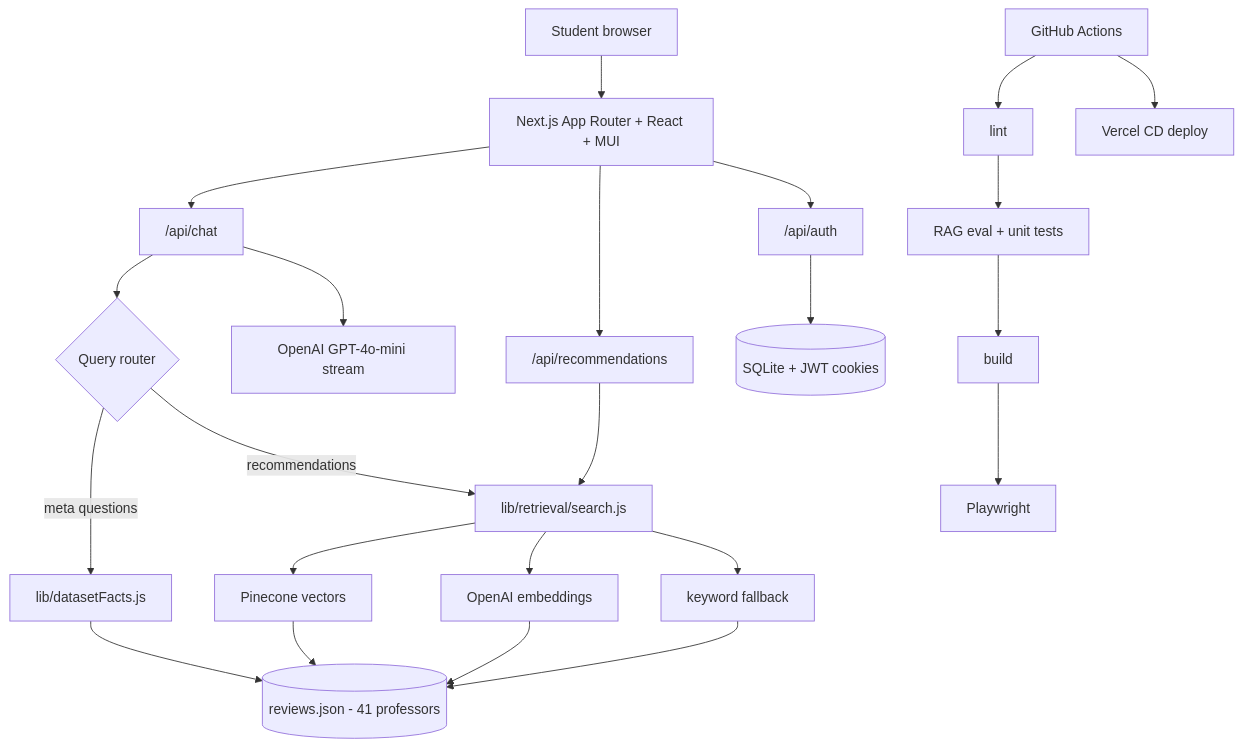
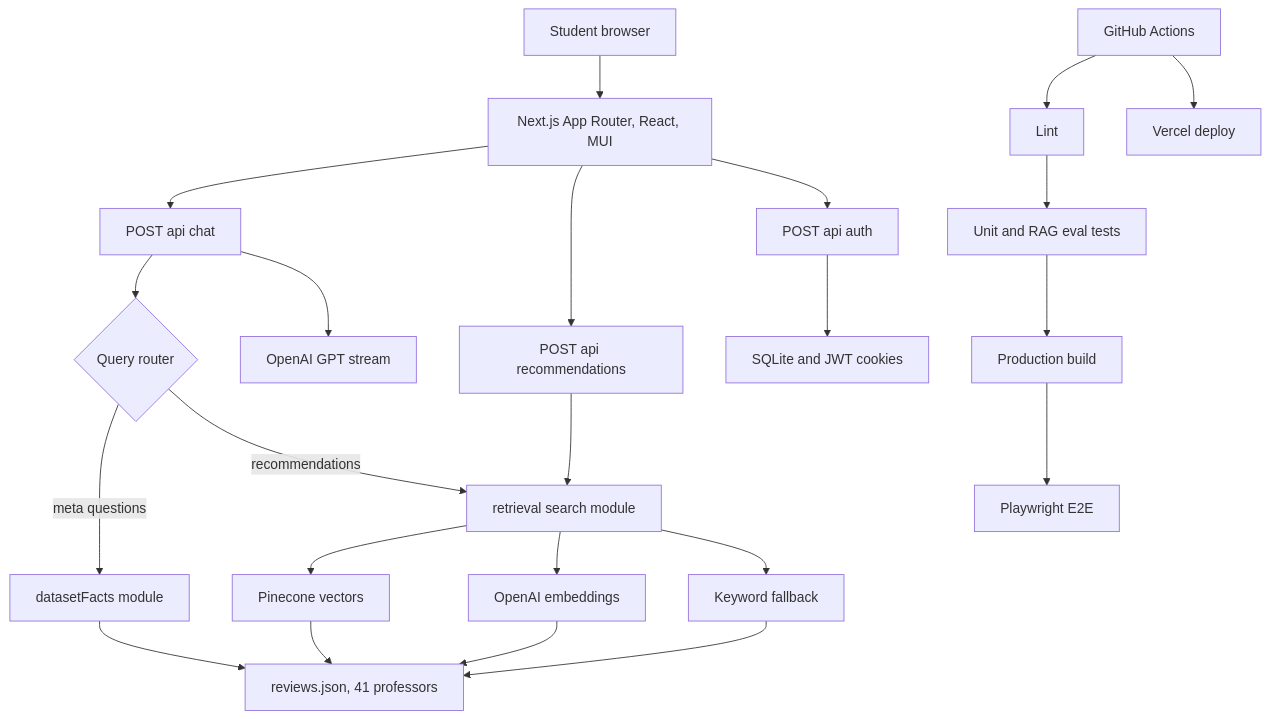
The diagram in README.md (Arlikhozhaev/RateMyProfessor-RAG), drawn with Mermaid before and after one commit.

Commit message:
Fix GitHub Mermaid render error in architecture diagram.
Sanitize node labels and split chained edges so GitHub Mermaid parser no longer throws on special characters.

````diff
--- a/README.md
+++ b/README.md
@@ -35,27 +35,46 @@
 ```mermaid
 flowchart TD
-  User[Student browser] --> UI[Next.js App Router + React + MUI]
-  UI --> ChatAPI["/api/chat"]
-  UI --> RecAPI["/api/recommendations"]
-  UI --> AuthAPI["/api/auth"]
+  User["Student browser"]
+  UI["Next.js App Router, React, MUI"]
+  ChatAPI["POST api chat"]
+  RecAPI["POST api recommendations"]
+  AuthAPI["POST api auth"]
+  Router{"Query router"}
+  Facts["datasetFacts module"]
+  Search["retrieval search module"]
+  Pinecone["Pinecone vectors"]
+  Semantic["OpenAI embeddings"]
+  Keyword["Keyword fallback"]
+  Reviews["reviews.json, 41 professors"]
+  GPT["OpenAI GPT stream"]
+  SQLite["SQLite and JWT cookies"]
+  CI["GitHub Actions"]
+  Lint["Lint"]
+  Unit["Unit and RAG eval tests"]
+  Build["Production build"]
+  E2E["Playwright E2E"]
+  Vercel["Vercel deploy"]
 
-  ChatAPI --> Router{Query router}
-  Router -->|meta questions| Facts[lib/datasetFacts.js]
-  Router -->|recommendations| Search[lib/retrieval/search.js]
-
-  Search --> Pinecone[Pinecone vectors]
-  Search --> Semantic[OpenAI embeddings]
-  Search --> Keyword[keyword fallback]
-
-  Facts --> Reviews[("reviews.json - 41 professors")]
+  User --> UI
+  UI --> ChatAPI
+  UI --> RecAPI
+  UI --> AuthAPI
+  ChatAPI --> Router
+  Router -->|meta questions| Facts
+  Router -->|recommendations| Search
+  Search --> Pinecone
+  Search --> Semantic
+  Search --> Keyword
+  Facts --> Reviews
   Pinecone --> Reviews
   Semantic --> Reviews
   Keyword --> Reviews
-
-  ChatAPI --> GPT[OpenAI GPT-4o-mini stream]
-  AuthAPI --> SQLite[("SQLite + JWT cookies")]
+  ChatAPI --> GPT
+  AuthAPI --> SQLite
   RecAPI --> Search
-
-  CI[GitHub Actions] --> Lint[lint] --> Unit[RAG eval + unit tests] --> Build[build] --> E2E[Playwright]
-  CI --> Vercel[Vercel CD deploy]
+  CI --> Lint
+  Lint --> Unit
+  Unit --> Build
+  Build --> E2E
+  CI --> Vercel
 ```
````
